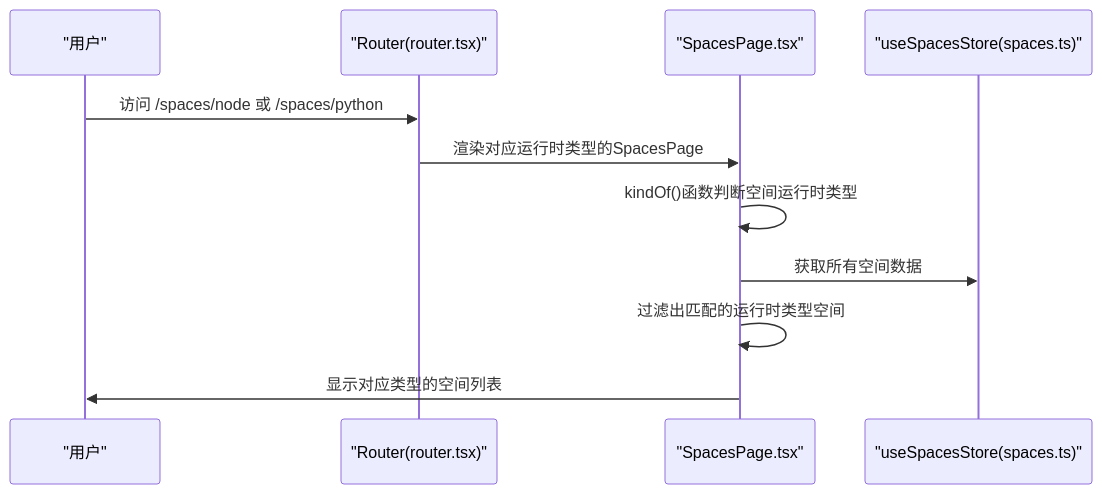
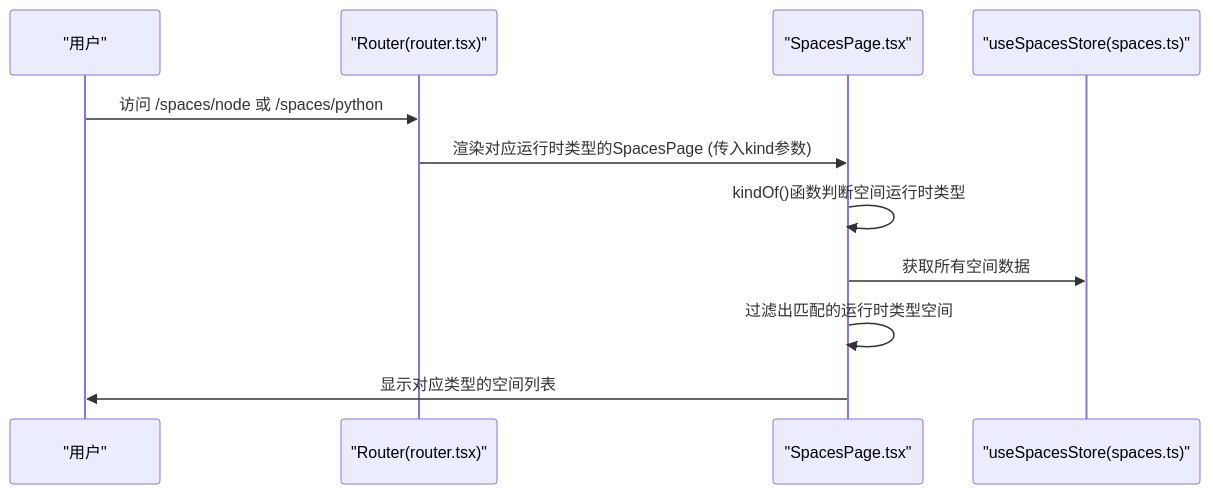
Before and after one commit to hozeeee/script-box: the second of 8 diagrams in .qoder/repowiki/zh/content/前端应用架构/页面组件/空间管理页面.md, drawn with Mermaid. The commit also changed other lines of this file and 2 other files, not shown here.

````diff
--- a/.qoder/repowiki/zh/content/前端应用架构/页面组件/空间管理页面.md
+++ b/.qoder/repowiki/zh/content/前端应用架构/页面组件/空间管理页面.md
@@ -107,13 +102,13 @@
 ```mermaid
 sequenceDiagram
 participant U as "用户"
 participant R as "Router(router.tsx)"
 participant P as "SpacesPage.tsx"
 participant S as "useSpacesStore(spaces.ts)"
 U->>R : 访问 /spaces/node 或 /spaces/python
-R->>P : 渲染对应运行时类型的SpacesPage
+R->>P : 渲染对应运行时类型的SpacesPage (传入kind参数)
 P->>P : kindOf()函数判断空间运行时类型
 P->>S : 获取所有空间数据
 P->>P : 过滤出匹配的运行时类型空间
 P->>U : 显示对应类型的空间列表
 ```
````
